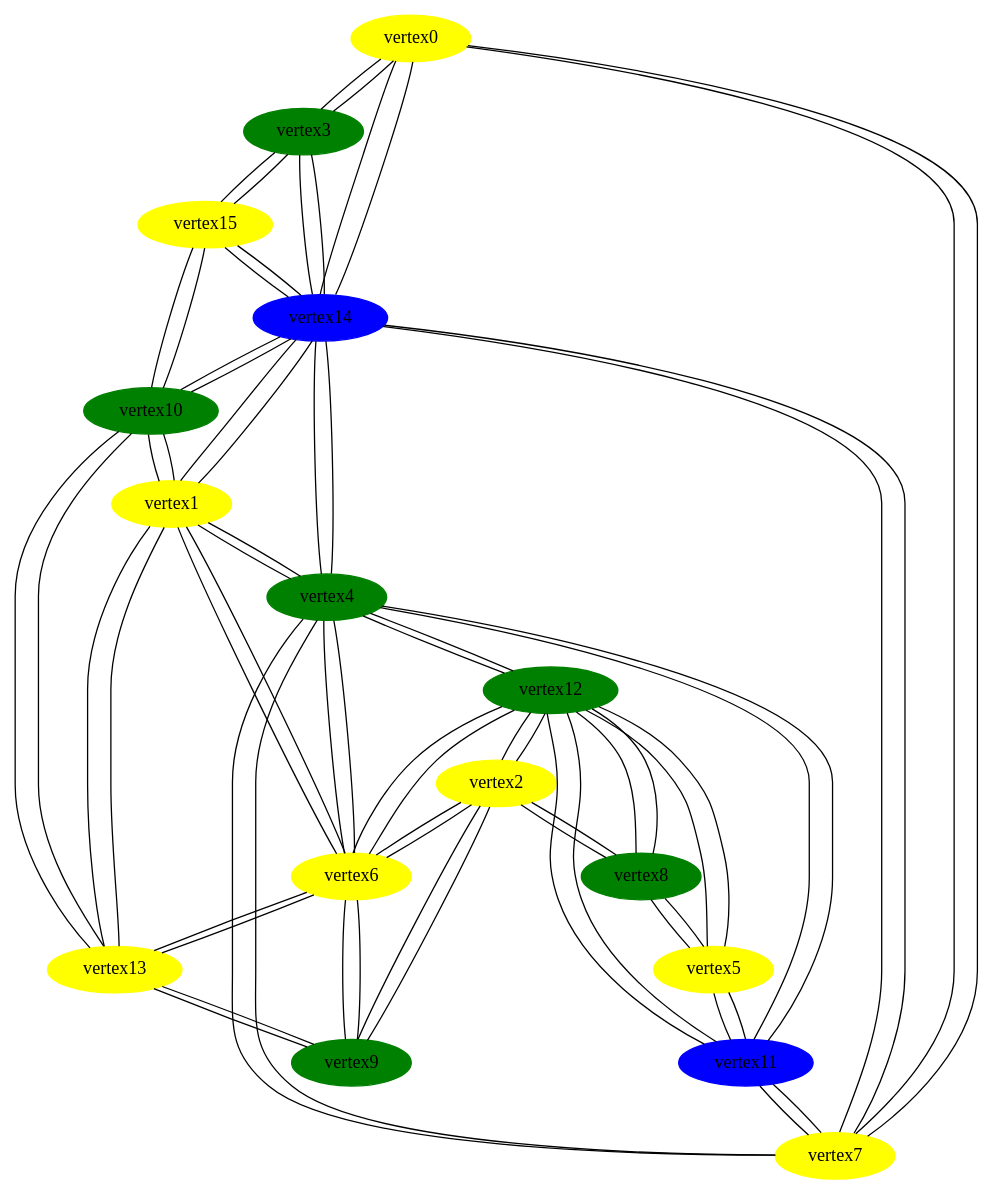
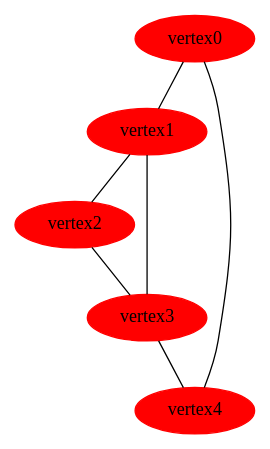
Before and after one commit to sienioslaw/tgis: the diagram in graf.dot, drawn with Graphviz. The commit also changed 3 other files, not shown here.

```diff
--- a/graf.dot
+++ b/graf.dot
@@ -1,102 +1,18 @@
 Graph {
-vertex0 [style=filled, color=yellow]
-vertex1 [style=filled, color=yellow]
-vertex2 [style=filled, color=yellow]
-vertex3 [style=filled, color=green]
-vertex4 [style=filled, color=green]
-vertex5 [style=filled, color=yellow]
-vertex6 [style=filled, color=yellow]
-vertex7 [style=filled, color=yellow]
-vertex8 [style=filled, color=green]
-vertex9 [style=filled, color=green]
-vertex10 [style=filled, color=green]
-vertex11 [style=filled, color=blue]
-vertex12 [style=filled, color=green]
-vertex13 [style=filled, color=yellow]
-vertex14 [style=filled, color=blue]
-vertex15 [style=filled, color=yellow]
-vertex0 -- vertex3
-vertex0 -- vertex7
-vertex0 -- vertex14
+vertex0 [style=filled, color=red]
+vertex1 [style=filled, color=red]
+vertex2 [style=filled, color=red]
+vertex3 [style=filled, color=red]
+vertex4 [style=filled, color=red]
+vertex0 -- vertex1
+vertex0 -- vertex4
 
-vertex1 -- vertex4
-vertex1 -- vertex6
-vertex1 -- vertex10
-vertex1 -- vertex13
-vertex1 -- vertex14
+vertex1 -- vertex2
+vertex1 -- vertex3
 
-vertex2 -- vertex6
-vertex2 -- vertex8
-vertex2 -- vertex9
-vertex2 -- vertex12
+vertex2 -- vertex3
 
-vertex3 -- vertex0
-vertex3 -- vertex14
-vertex3 -- vertex15
+vertex3 -- vertex4
 
-vertex4 -- vertex1
-vertex4 -- vertex6
-vertex4 -- vertex7
-vertex4 -- vertex11
-vertex4 -- vertex12
-vertex4 -- vertex14
-
-vertex5 -- vertex8
-vertex5 -- vertex11
-vertex5 -- vertex12
-
-vertex6 -- vertex1
-vertex6 -- vertex2
-vertex6 -- vertex4
-vertex6 -- vertex9
-vertex6 -- vertex12
-vertex6 -- vertex13
-
-vertex7 -- vertex0
-vertex7 -- vertex4
-vertex7 -- vertex11
-vertex7 -- vertex14
-
-vertex8 -- vertex2
-vertex8 -- vertex5
-vertex8 -- vertex12
-
-vertex9 -- vertex2
-vertex9 -- vertex6
-vertex9 -- vertex13
-
-vertex10 -- vertex1
-vertex10 -- vertex13
-vertex10 -- vertex14
-vertex10 -- vertex15
-
-vertex11 -- vertex4
-vertex11 -- vertex5
-vertex11 -- vertex7
-vertex11 -- vertex12
-
-vertex12 -- vertex2
-vertex12 -- vertex4
-vertex12 -- vertex5
-vertex12 -- vertex6
-vertex12 -- vertex8
-vertex12 -- vertex11
-
-vertex13 -- vertex1
-vertex13 -- vertex6
-vertex13 -- vertex9
-vertex13 -- vertex10
-
-vertex14 -- vertex0
-vertex14 -- vertex1
-vertex14 -- vertex3
-vertex14 -- vertex4
-vertex14 -- vertex7
-vertex14 -- vertex10
-vertex14 -- vertex15
-
-vertex15 -- vertex3
-vertex15 -- vertex10
-vertex15 -- vertex14
 
 }
```
